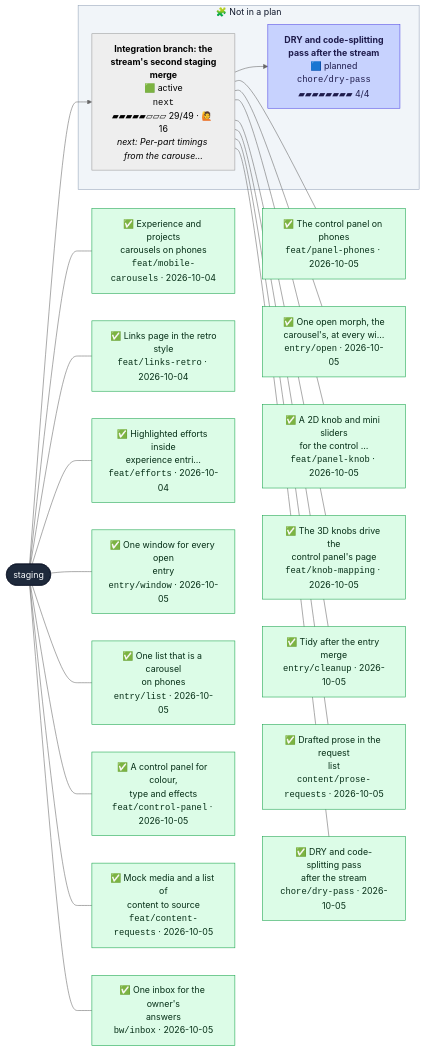
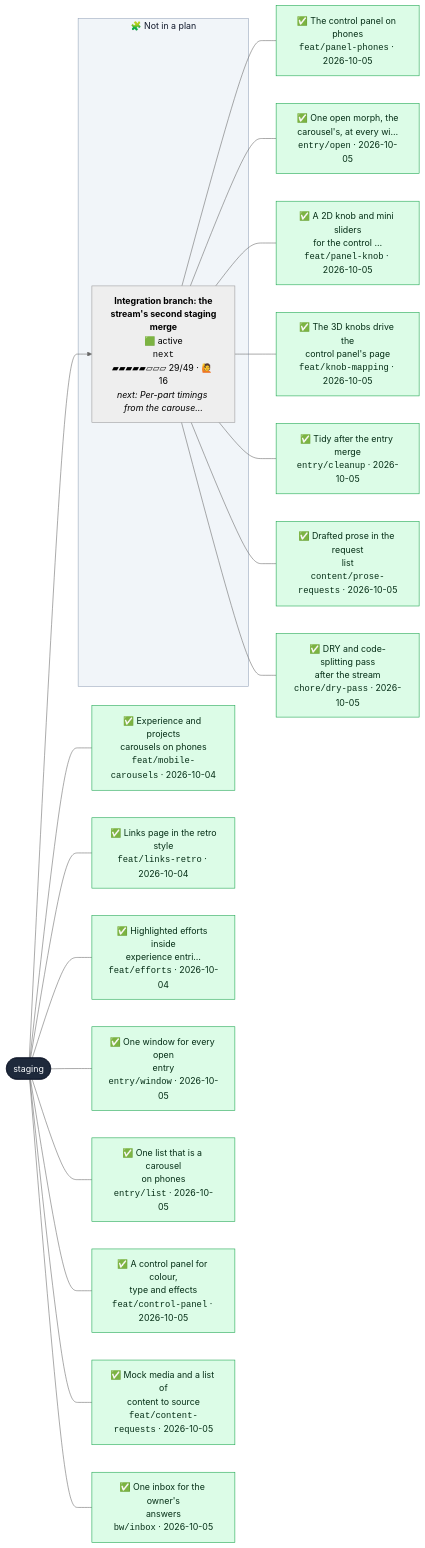
The second of 2 diagrams in CONTRIBUTING.md (henryjonescodes/portfolio), drawn with Mermaid (neutral theme) before and after one commit. The commit also changed other lines of this file and 1 other file, not shown here.

````diff
--- a/CONTRIBUTING.md
+++ b/CONTRIBUTING.md
@@ -54,68 +51,65 @@
 ```mermaid
 flowchart LR
   n_staging([staging])
   class n_staging trunk
   subgraph loose["🧩 Not in a plan"]
-    n_chore_dry_pass["<b>DRY and code-splitting<br/>pass after the stream</b><br/>🟦 planned<br/><code>chore/dry-pass</code><br/>▰▰▰▰▰▰▰▰ 4/4"]
-    class n_chore_dry_pass planned
     n_next["<b>Integration branch: the<br/>stream's second staging<br/>merge</b><br/>🟩 active<br/><code>next</code><br/>▰▰▰▰▰▱▱▱ 29/49 · 🙋 16<br/><i>next: Per-part timings from the carouse…</i>"]
     class n_next active,current
   end
   style loose fill:#f1f5f9,stroke:#94a3b8,color:#0f172a
-  n_next --> n_chore_dry_pass
   n_staging --> n_next
   landed_0["✅ Experience and projects<br/>carousels on phones<br/><code>feat/mobile-carousels</code> · 2026-10-04"]
   class landed_0 merged
   n_staging --- landed_0
   landed_1["✅ Links page in the retro<br/>style<br/><code>feat/links-retro</code> · 2026-10-04"]
   class landed_1 merged
   n_staging --- landed_1
   landed_2["✅ Highlighted efforts inside<br/>experience entri…<br/><code>feat/efforts</code> · 2026-10-04"]
   class landed_2 merged
   n_staging --- landed_2
   landed_3["✅ One window for every open<br/>entry<br/><code>entry/window</code> · 2026-10-05"]
   class landed_3 merged
   n_staging --- landed_3
   landed_4["✅ One list that is a carousel<br/>on phones<br/><code>entry/list</code> · 2026-10-05"]
   class landed_4 merged
   n_staging --- landed_4
   landed_5["✅ A control panel for colour,<br/>type and effects<br/><code>feat/control-panel</code> · 2026-10-05"]
   class landed_5 merged
   n_staging --- landed_5
   landed_6["✅ Mock media and a list of<br/>content to source<br/><code>feat/content-requests</code> · 2026-10-05"]
   class landed_6 merged
   n_staging --- landed_6
   landed_7["✅ One inbox for the owner's<br/>answers<br/><code>bw/inbox</code> · 2026-10-05"]
   class landed_7 merged
   n_staging --- landed_7
   landed_8["✅ The control panel on phones<br/><code>feat/panel-phones</code> · 2026-10-05"]
   class landed_8 merged
   n_next --- landed_8
   landed_9["✅ One open morph, the<br/>carousel's, at every wi…<br/><code>entry/open</code> · 2026-10-05"]
   class landed_9 merged
   n_next --- landed_9
   landed_10["✅ A 2D knob and mini sliders<br/>for the control …<br/><code>feat/panel-knob</code> · 2026-10-05"]
   class landed_10 merged
   n_next --- landed_10
   landed_11["✅ The 3D knobs drive the<br/>control panel's page<br/><code>feat/knob-mapping</code> · 2026-10-05"]
   class landed_11 merged
   n_next --- landed_11
   landed_12["✅ Tidy after the entry merge<br/><code>entry/cleanup</code> · 2026-10-05"]
   class landed_12 merged
   n_next --- landed_12
   landed_13["✅ Drafted prose in the request<br/>list<br/><code>content/prose-requests</code> · 2026-10-05"]
   class landed_13 merged
   n_next --- landed_13
   landed_14["✅ DRY and code-splitting pass<br/>after the stream<br/><code>chore/dry-pass</code> · 2026-10-05"]
   class landed_14 merged
   n_next --- landed_14
   classDef merged fill:#dcfce7,stroke:#16a34a,color:#052e16
   classDef todo fill:#ffffff,stroke:#94a3b8,stroke-dasharray:2 2,color:#334155
   classDef planned fill:#c7d2fe,stroke:#4f46e5,color:#1e1b4b
   classDef sketched fill:#f8fafc,stroke:#64748b,stroke-dasharray:4 3,color:#334155
   classDef active fill:#bbf7d0,stroke:#16a34a,stroke-width:3px,color:#052e16
   classDef review fill:#fde68a,stroke:#d97706,stroke-width:3px,color:#451a03
   classDef blocked fill:#fecaca,stroke:#dc2626,stroke-width:3px,color:#450a0a
   classDef trunk fill:#1e293b,stroke:#0f172a,color:#f8fafc
   classDef current stroke:#0ea5e9,stroke-width:5px
 ```
````
